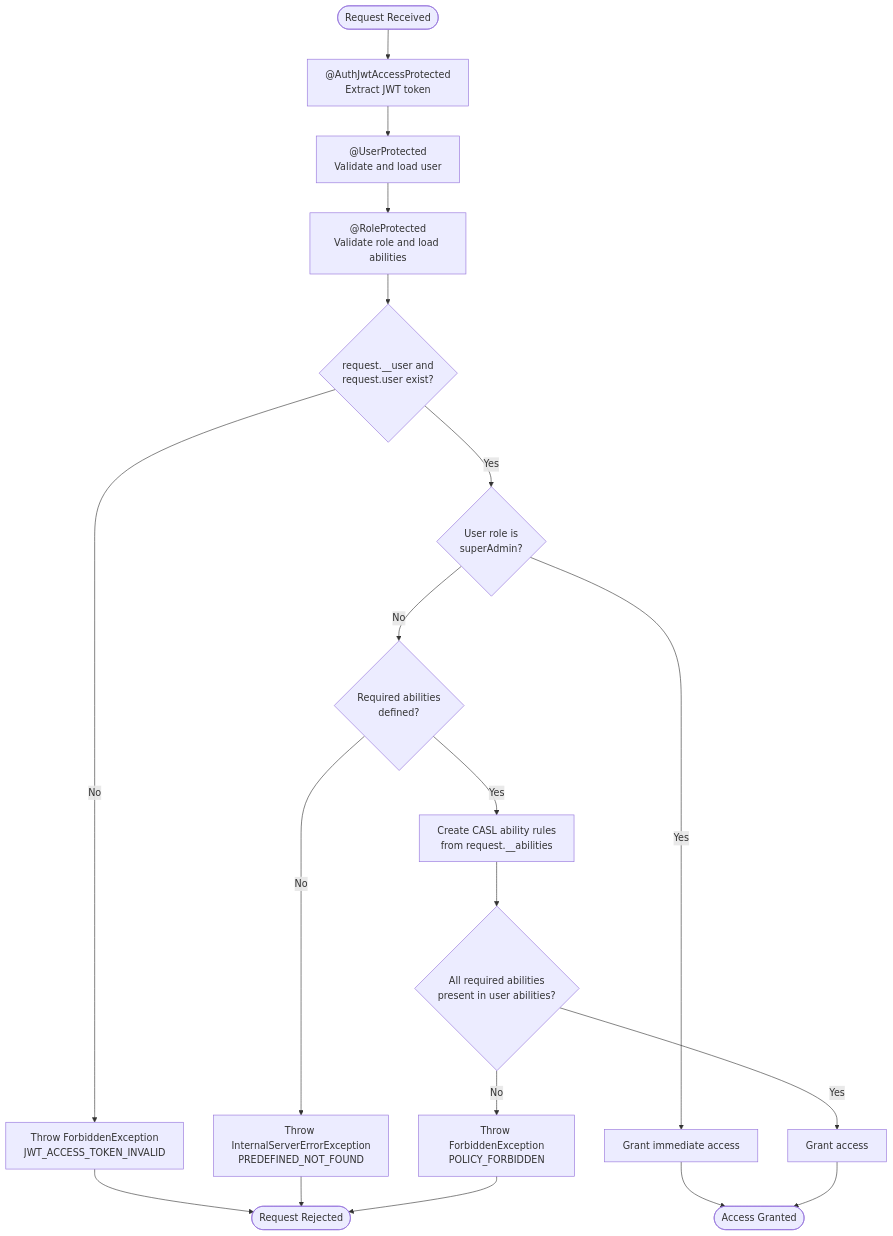
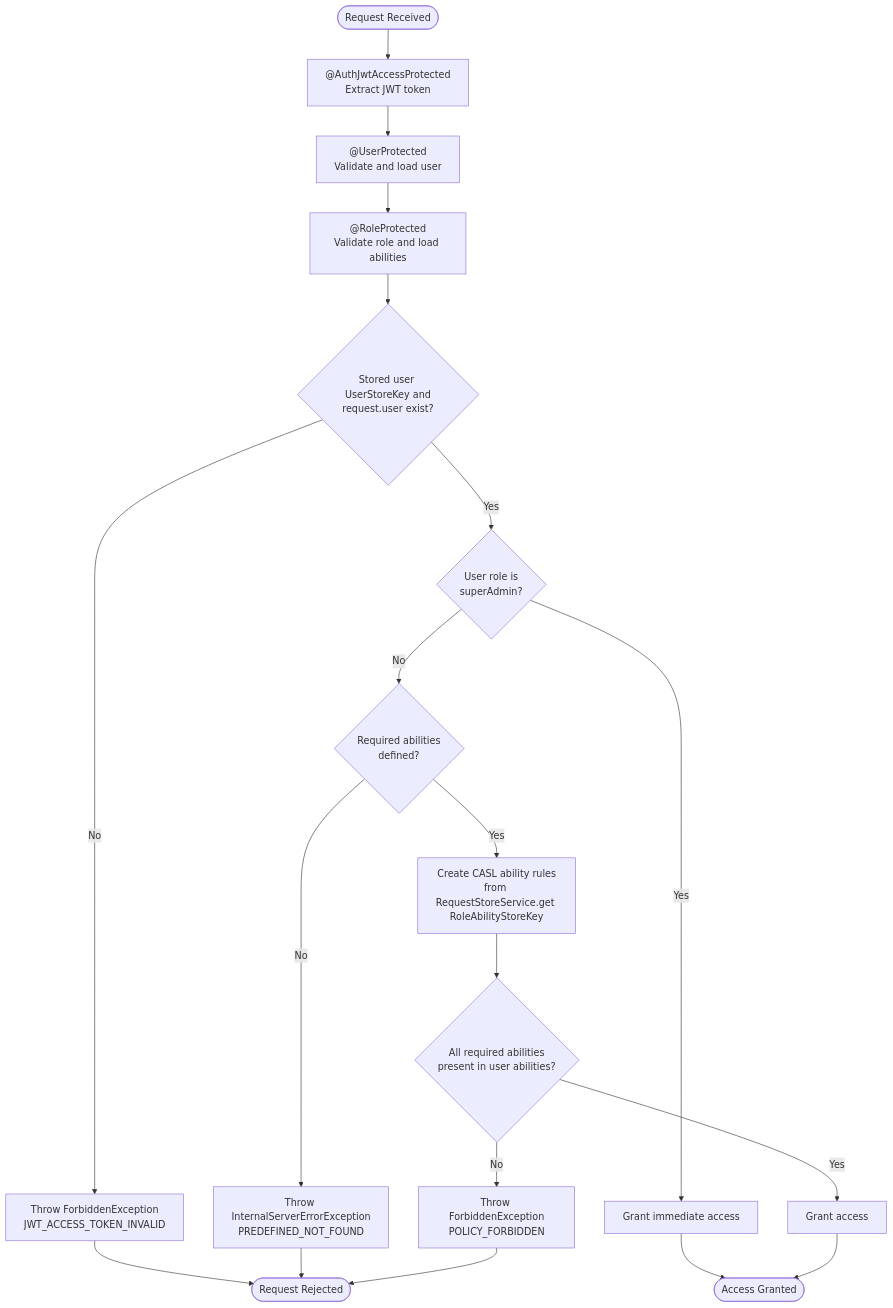
Before and after one commit to andrechristikan/ack-nestjs-boilerplate: the third of 5 diagrams in docs/authorization.md, drawn with Mermaid. The commit also changed other lines of this file and 12 other files, not shown here.

````diff
--- a/docs/authorization.md
+++ b/docs/authorization.md
@@ -374,28 +374,28 @@
 ```mermaid
 flowchart TD
     Start([Request Received]) --> JwtGuard[ @AuthJwtAccessProtected<br/>Extract JWT token]
     JwtGuard --> UserGuard[ @UserProtected<br/>Validate and load user]
     UserGuard --> RoleGuard[ @RoleProtected<br/>Validate role and load abilities]
-    RoleGuard --> CheckUser{request.__user and<br/>request.user exist?}
+    RoleGuard --> CheckUser{Stored user UserStoreKey and<br/>request.user exist?}
     
     CheckUser -->|No| ErrorUser[Throw ForbiddenException<br/>JWT_ACCESS_TOKEN_INVALID]
     CheckUser -->|Yes| CheckSuperAdmin{User role is<br/>superAdmin?}
     
     CheckSuperAdmin -->|Yes| GrantSuperAdmin[Grant immediate access]
     CheckSuperAdmin -->|No| CheckRequired{Required abilities<br/>defined?}
     
     CheckRequired -->|No| ErrorPredefined[Throw InternalServerErrorException<br/>PREDEFINED_NOT_FOUND]
-    CheckRequired -->|Yes| CreateAbilities[Create CASL ability rules<br/>from request.__abilities]
+    CheckRequired -->|Yes| CreateAbilities[Create CASL ability rules<br/>from RequestStoreService.get RoleAbilityStoreKey]
     
     CreateAbilities --> ValidateAbilities{All required abilities<br/>present in user abilities?}
     
     ValidateAbilities -->|No| ErrorForbidden[Throw ForbiddenException<br/>POLICY_FORBIDDEN]
     ValidateAbilities -->|Yes| GrantAccess[Grant access]
     
     GrantSuperAdmin --> Success([Access Granted])
     GrantAccess --> Success
     
     ErrorUser --> End([Request Rejected])
     ErrorPredefined --> End
     ErrorForbidden --> End
 ```
````
